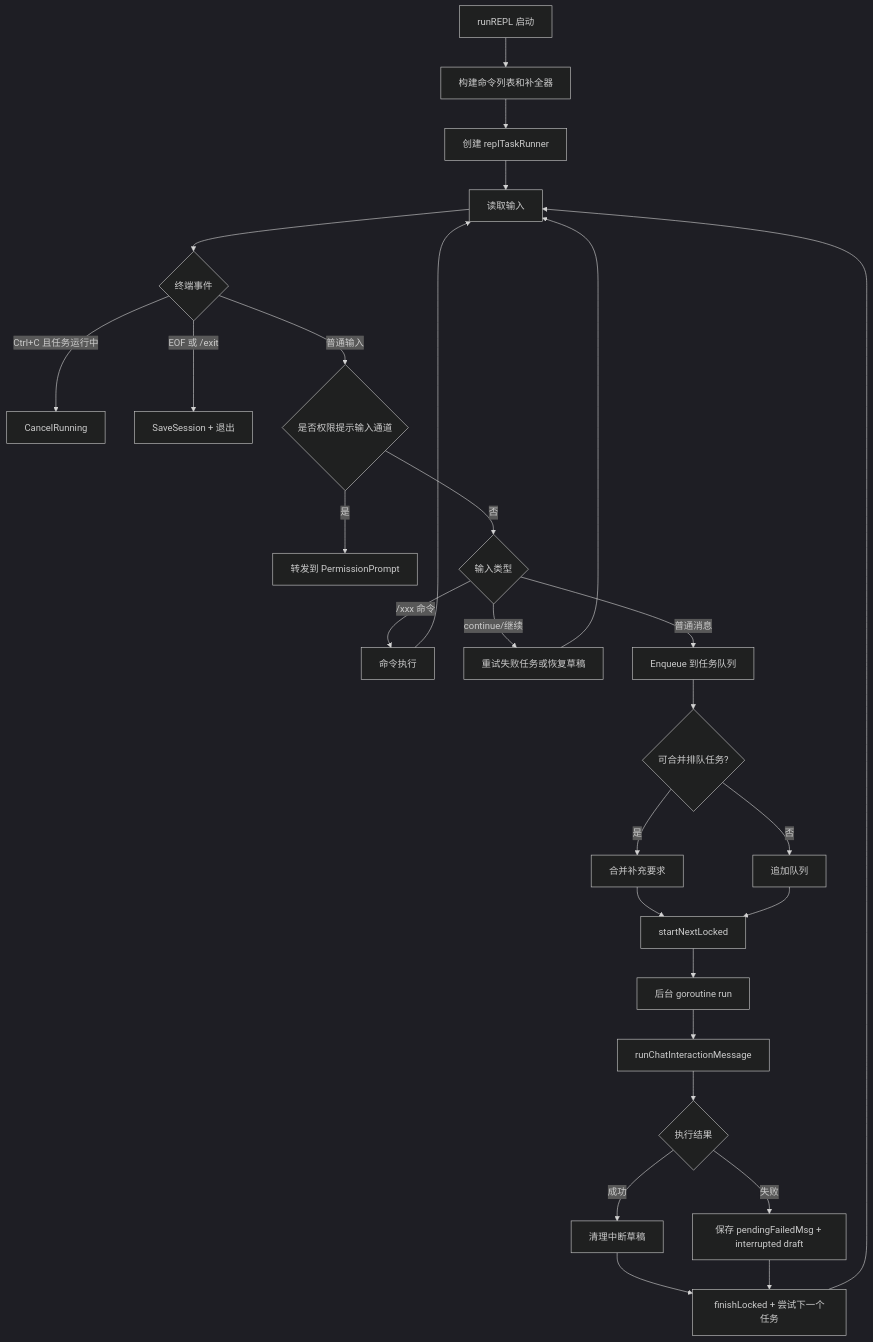
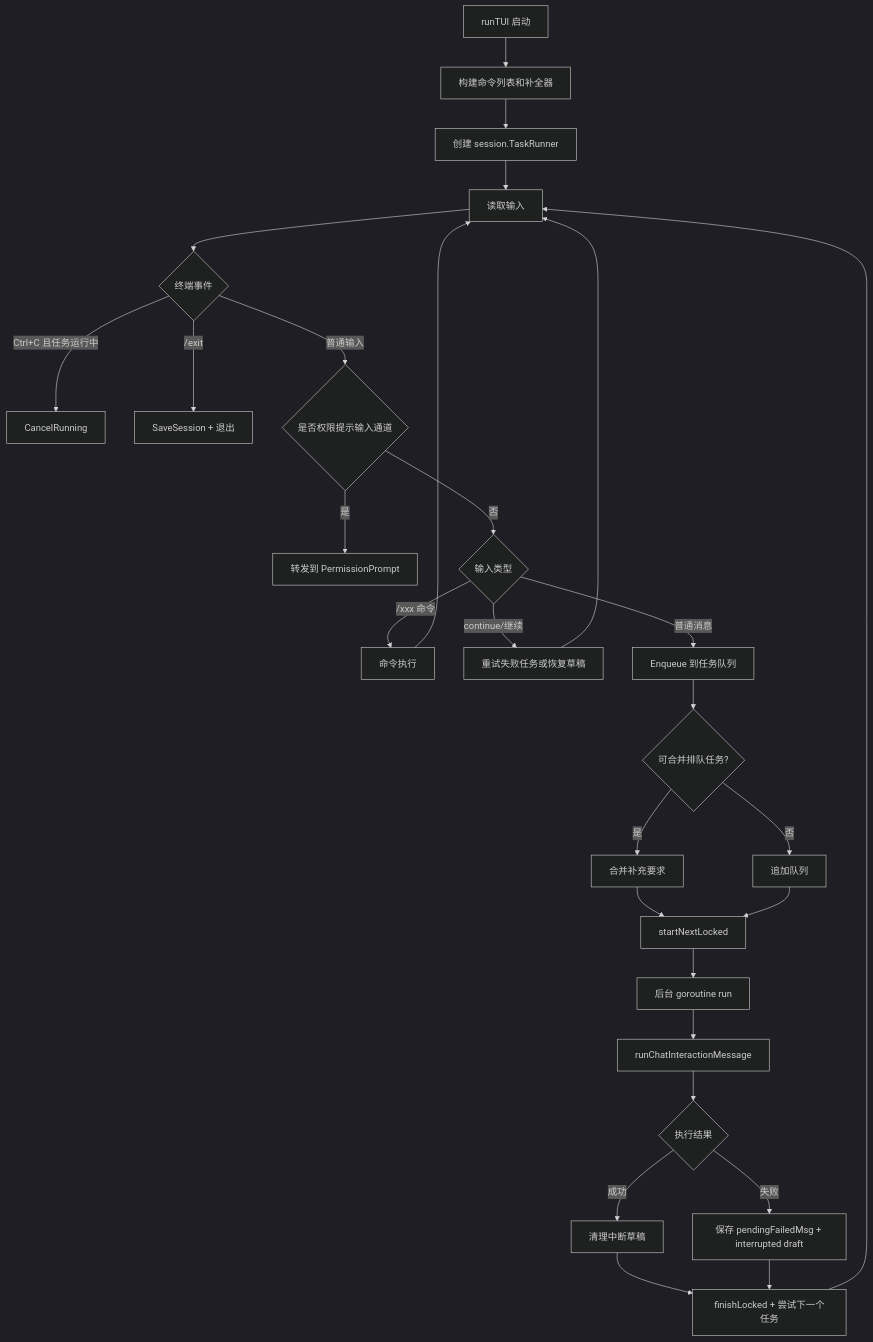
Before and after one commit to liuzhixin405/cove: the third of 16 diagrams in docs/全流程图-端到端.md, drawn with Mermaid (dark theme). The commit also changed other lines of this file and 45 other files, not shown here.

````diff
--- a/docs/全流程图-端到端.md
+++ b/docs/全流程图-端到端.md
@@ -70,35 +70,35 @@
 ```mermaid
 flowchart TD
-    A[runREPL 启动] --> B[构建命令列表和补全器]
-    B --> C[创建 replTaskRunner]
+    A[runTUI 启动] --> B[构建命令列表和补全器]
+    B --> C[创建 session.TaskRunner]
     C --> D[读取输入]
 
     D --> E{终端事件}
     E -->|Ctrl+C 且任务运行中| E1[CancelRunning]
-    E -->|EOF 或 /exit| E2[SaveSession + 退出]
+    E -->|/exit| E2[SaveSession + 退出]
     E -->|普通输入| F{是否权限提示输入通道}
 
     F -->|是| F1[转发到 PermissionPrompt]
     F -->|否| G{输入类型}
 
     G -->|/xxx 命令| H[命令执行]
     G -->|continue/继续| I[重试失败任务或恢复草稿]
     G -->|普通消息| J[Enqueue 到任务队列]
 
     J --> K{可合并排队任务?}
     K -->|是| K1[合并补充要求]
     K -->|否| K2[追加队列]
 
     K1 --> L[startNextLocked]
     K2 --> L
     L --> M[后台 goroutine run]
     M --> N[runChatInteractionMessage]
     N --> O{执行结果}
     O -->|成功| O1[清理中断草稿]
     O -->|失败| O2[保存 pendingFailedMsg + interrupted draft]
     O1 --> P[finishLocked + 尝试下一个任务]
     O2 --> P
     P --> D
     H --> D
     I --> D
 ```
````
